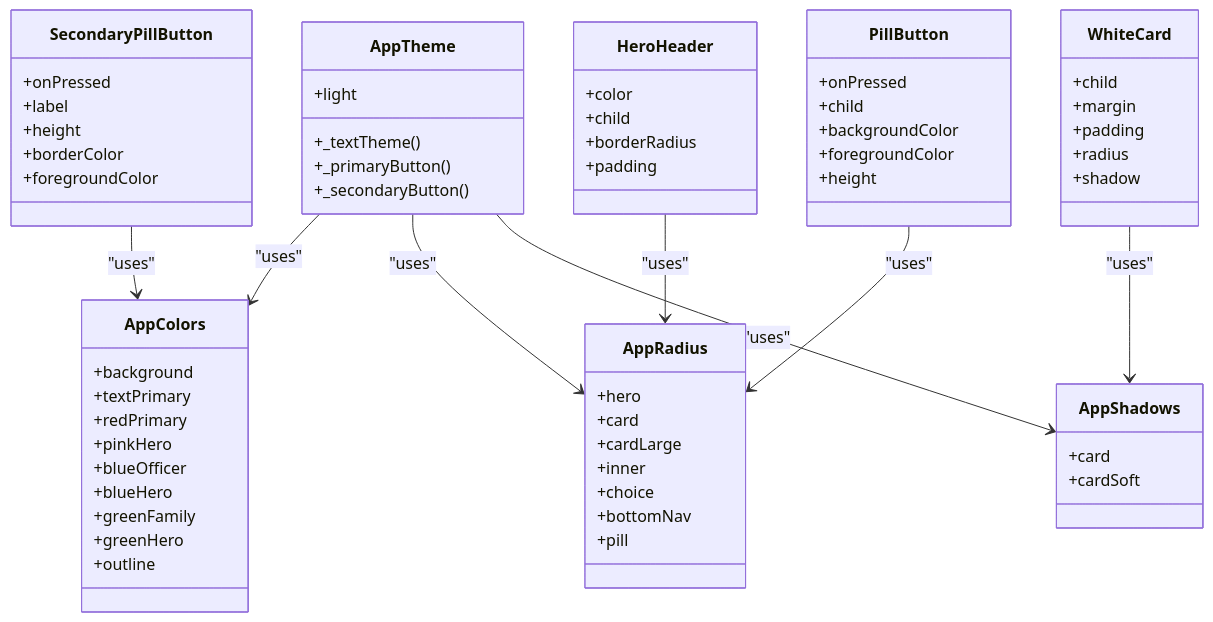
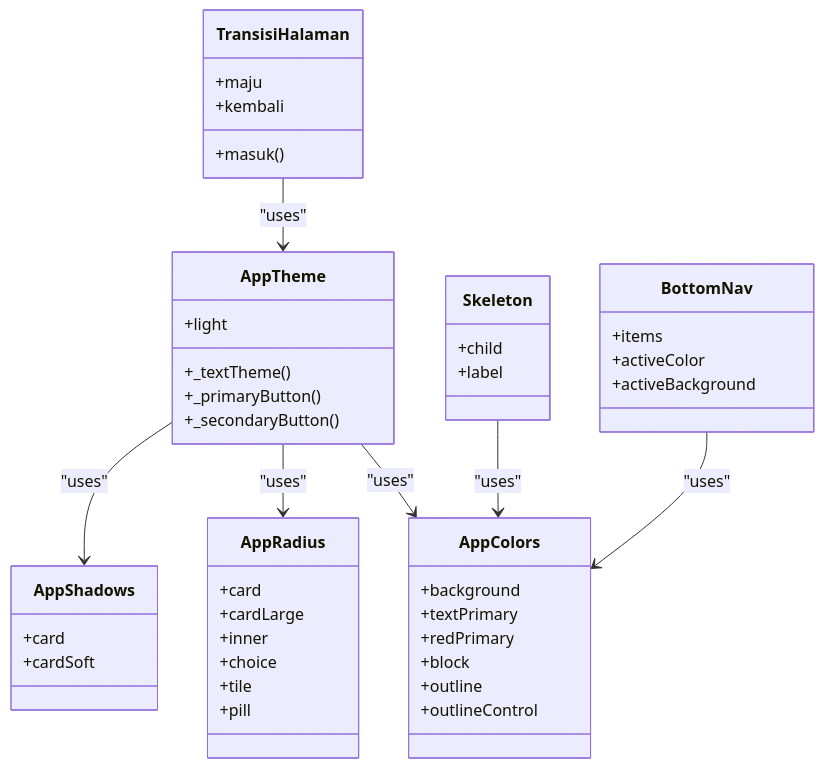
One commit to rdsarjito/whoosh-ramah changed the second of 6 diagrams in .qoder/repowiki/en/content/Mobile Application/Widget Library/Widget Library.md. Above: the diagram before and after it, drawn with Mermaid. The commit also changed other lines of this file and 68 other files, not shown here.

````diff
--- a/.qoder/repowiki/en/content/Mobile Application/Widget Library/Widget Library.md
+++ b/.qoder/repowiki/en/content/Mobile Application/Widget Library/Widget Library.md
@@ -105,67 +164,49 @@
 ```mermaid
 classDiagram
 class AppColors {
 +background
 +textPrimary
 +redPrimary
-+pinkHero
-+blueOfficer
-+blueHero
-+greenFamily
-+greenHero
++block
 +outline
++outlineControl
 }
 class AppRadius {
-+hero
 +card
 +cardLarge
 +inner
 +choice
-+bottomNav
++tile
 +pill
 }
 class AppShadows {
 +card
 +cardSoft
 }
 class AppTheme {
 +light
 +_textTheme()
 +_primaryButton()
 +_secondaryButton()
 }
-class HeroHeader {
-+color
+class TransisiHalaman {
++maju
++kembali
++masuk()
+}
+class Skeleton {
 +child
-+borderRadius
-+padding
++label
 }
-class PillButton {
-+onPressed
-+child
-+backgroundColor
-+foregroundColor
-+height
-}
-class SecondaryPillButton {
-+onPressed
-+label
-+height
-+borderColor
-+foregroundColor
-}
-class WhiteCard {
-+child
-+margin
-+padding
-+radius
-+shadow
+class BottomNav {
++items
++activeColor
++activeBackground
 }
 AppTheme --> AppColors : "uses"
 AppTheme --> AppRadius : "uses"
 AppTheme --> AppShadows : "uses"
-HeroHeader --> AppRadius : "uses"
-PillButton --> AppRadius : "uses"
-SecondaryPillButton --> AppColors : "uses"
-WhiteCard --> AppShadows : "uses"
+TransisiHalaman --> AppTheme : "uses"
+Skeleton --> AppColors : "uses"
+BottomNav --> AppColors : "uses"
 ```
````
